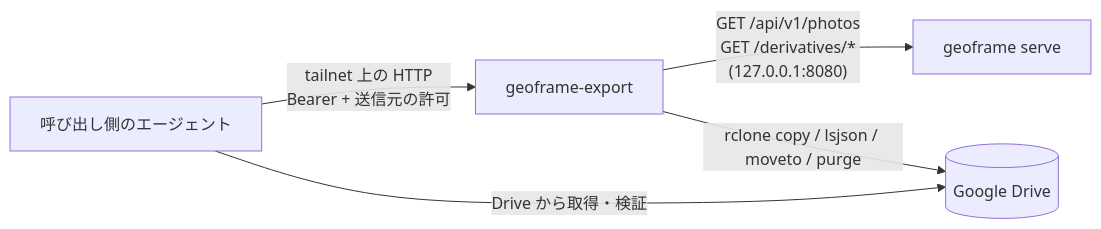
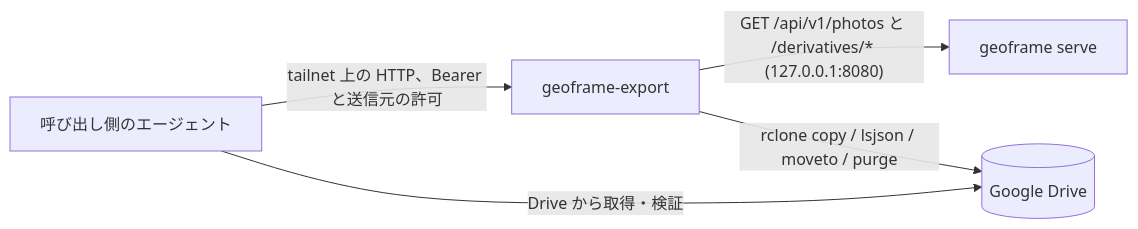
One commit to ysogabe/geoframe changed the diagram in docs/note-photo-export/design.md. Above: the diagram before and after it, drawn with Mermaid. The commit also changed other lines of this file and 1 other file, not shown here.

Commit message:
docs(note-photo-export): 旅行記の名所（U8）を足し、公開の失敗時の復旧と文の整えを加える

````diff
--- a/docs/note-photo-export/design.md
+++ b/docs/note-photo-export/design.md
@@ -160,7 +161,7 @@
 ```mermaid
 flowchart LR
-  D[呼び出し側のエージェント] -- "tailnet 上の HTTP\nBearer + 送信元の許可" --> E[geoframe-export]
-  E -- "GET /api/v1/photos\nGET /derivatives/*\n(127.0.0.1:8080)" --> G[geoframe serve]
+  D[呼び出し側のエージェント] -- "tailnet 上の HTTP、Bearer と送信元の許可" --> E[geoframe-export]
+  E -- "GET /api/v1/photos と /derivatives/* (127.0.0.1:8080)" --> G[geoframe serve]
   E -- "rclone copy / lsjson / moveto / purge" --> R[(Google Drive)]
   D -- "Drive から取得・検証" --> R
 ```
````
